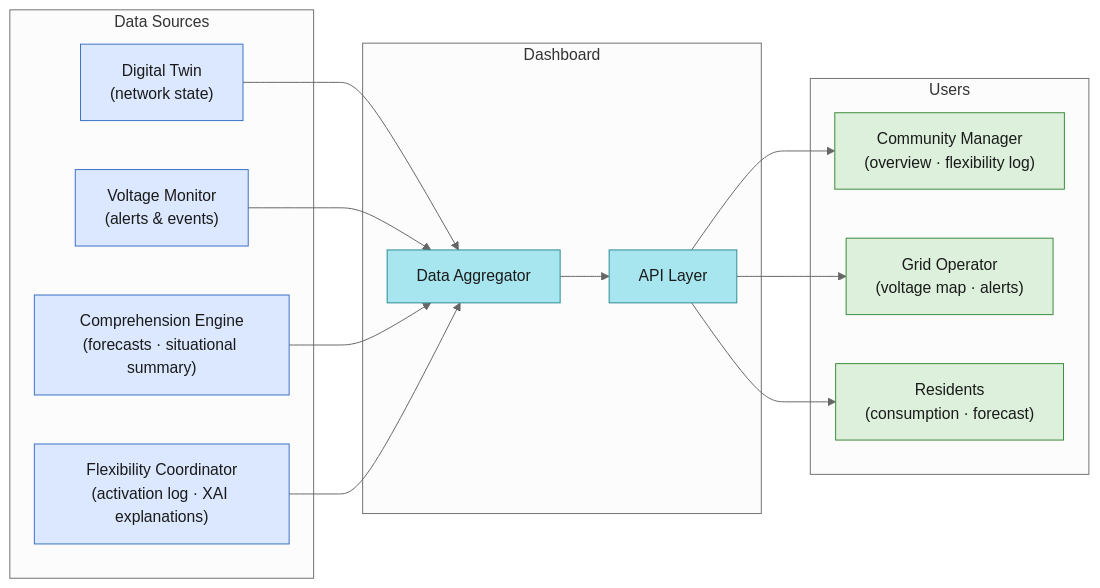
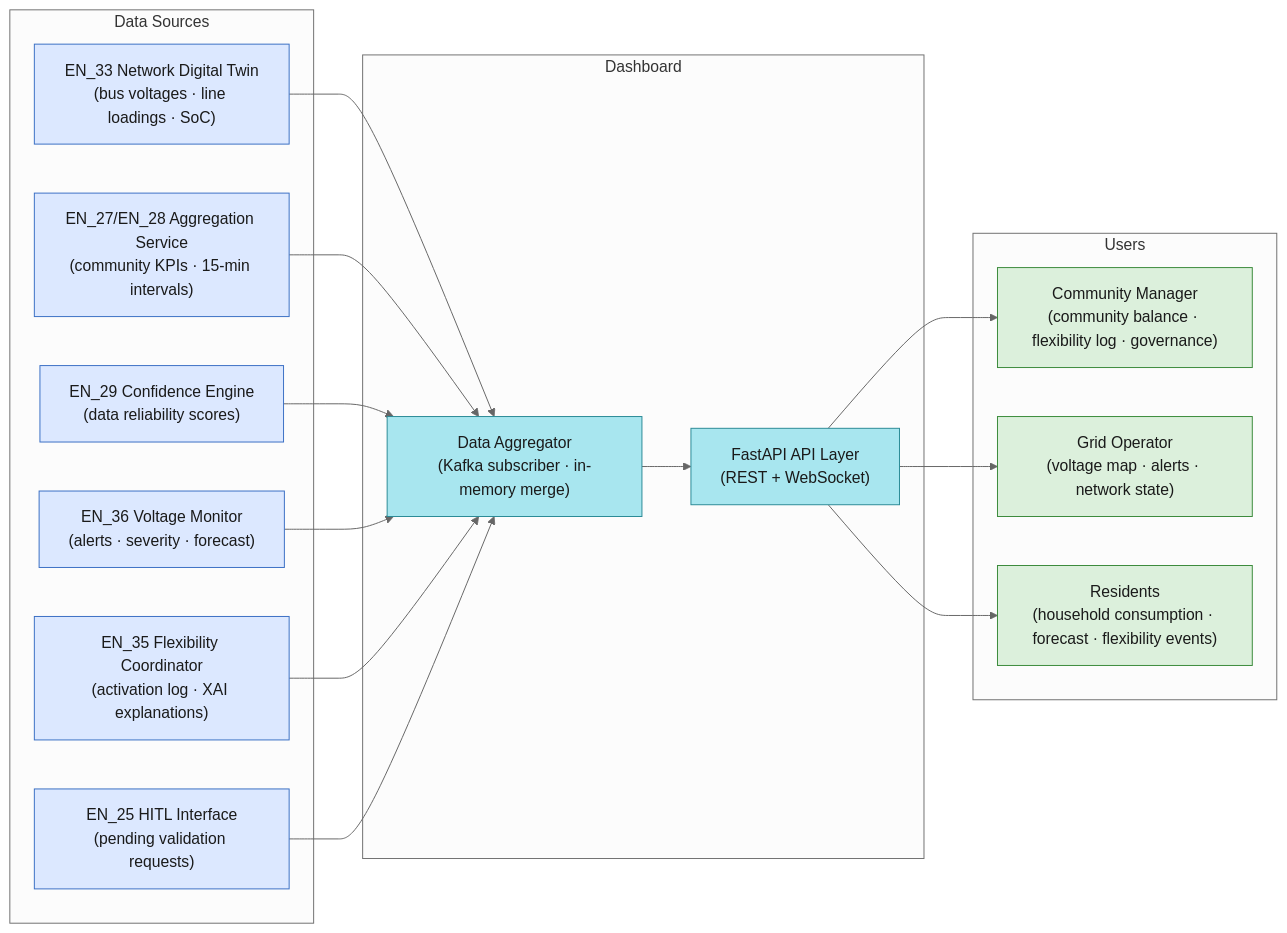
The second of 4 diagrams in Sa4CPS/D4.3 Designs of the technical enablers for status, projections and actions.md (rafaeldpsilva/sa4cps-vault), drawn with Mermaid (neutral theme) before and after one commit. The commit also changed other lines of this file, not shown here.

````diff
--- a/Sa4CPS/D4.3 Designs of the technical enablers for status, projections and actions.md
+++ b/Sa4CPS/D4.3 Designs of the technical enablers for status, projections and actions.md
@@ -91,38 +97,42 @@
 ```mermaid
 flowchart LR
 
     classDef src  fill:#dce8ff,stroke:#3a6fc4,color:#1a1a1a
     classDef proc fill:#a8e6ef,stroke:#2a8a96,color:#1a1a1a
     classDef dst  fill:#dcf0dc,stroke:#3a8a3a,color:#1a1a1a
 
     subgraph SRC["Data Sources"]
-        DT["Digital Twin\n(network state)"]
-        VM["Voltage Monitor\n(alerts & events)"]
-        CE["Comprehension Engine\n(forecasts · situational summary)"]
-        FLC["Flexibility Coordinator\n(activation log · XAI explanations)"]
+        DT["EN_33 Network Digital Twin\n(bus voltages · line loadings · SoC)"]
+        DT27["EN_27/EN_28 Aggregation Service\n(community KPIs · 15-min intervals)"]
+        CONF["EN_29 Confidence Engine\n(data reliability scores)"]
+        VM["EN_36 Voltage Monitor\n(alerts · severity · forecast)"]
+        FLC["EN_35 Flexibility Coordinator\n(activation log · XAI explanations)"]
+        HITL["EN_25 HITL Interface\n(pending validation requests)"]
     end
 
     subgraph EN["Dashboard"]
-        DA["Data Aggregator"]
-        API["API Layer"]
+        DA["Data Aggregator\n(Kafka subscriber · in-memory merge)"]
+        API["FastAPI API Layer\n(REST + WebSocket)"]
         DA --> API
     end
 
     subgraph DST["Users"]
-        CM["Community Manager\n(overview · flexibility log)"]
-        GO["Grid Operator\n(voltage map · alerts)"]
-        RES["Residents\n(consumption · forecast)"]
+        CM["Community Manager\n(community balance · flexibility log · governance)"]
+        GO["Grid Operator\n(voltage map · alerts · network state)"]
+        RES["Residents\n(household consumption · forecast · flexibility events)"]
     end
 
-    DT  --> DA
-    VM  --> DA
-    CE  --> DA
-    FLC --> DA
-    API --> CM
-    API --> GO
-    API --> RES
+    DT   --> DA
+    DT27 --> DA
+    CONF --> DA
+    VM   --> DA
+    FLC  --> DA
+    HITL --> DA
+    API  --> CM
+    API  --> GO
+    API  --> RES
 
-    class DT,VM,CE,FLC src
+    class DT,DT27,CONF,VM,FLC,HITL src
     class DA,API proc
     class CM,GO,RES dst
 ```
````
